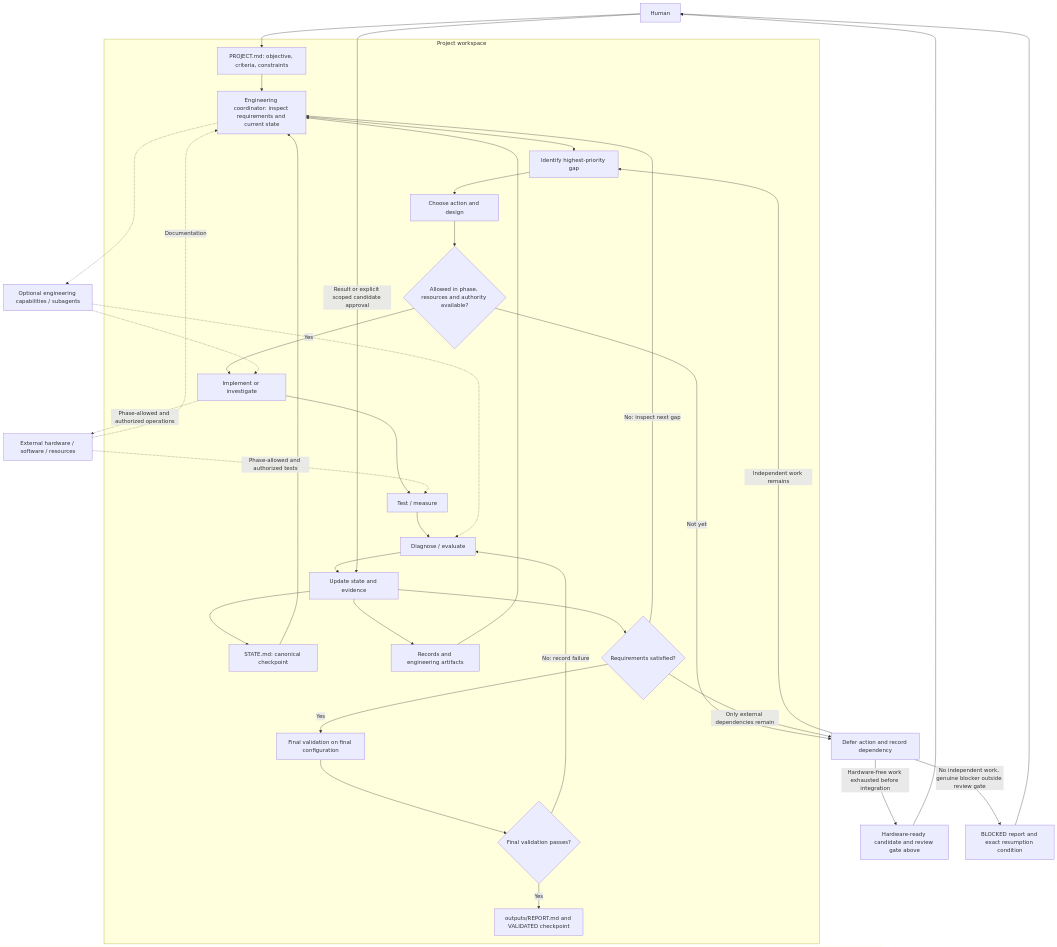
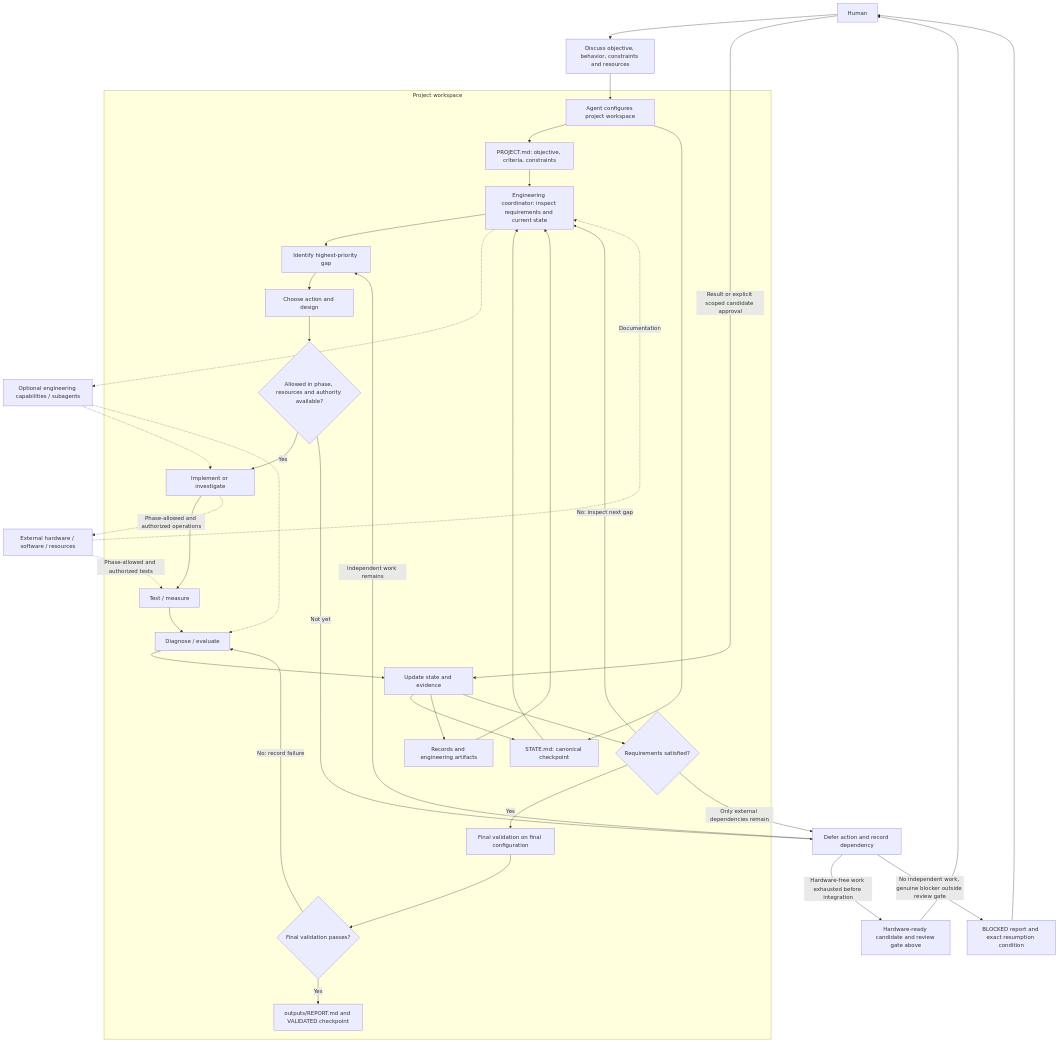
Before and after one commit to cct1123/agentic-engineering-template: the second of 2 diagrams in ARCHITECTURE.md, drawn with Mermaid. The commit also changed other lines of this file and 6 other files, not shown here.

````diff
--- a/ARCHITECTURE.md
+++ b/ARCHITECTURE.md
@@ -43,40 +47,43 @@
 ```mermaid
 flowchart TD
-    H[Human] --> P[PROJECT.md: objective, criteria, constraints]
+    H[Human] --> DS[Discuss objective, behavior, constraints and resources]
+    DS --> PS[Agent configures project workspace]
 
     subgraph W[Project workspace]
+        PS --> P[PROJECT.md: objective, criteria, constraints]
+        PS --> S[STATE.md: canonical checkpoint]
         P --> C[Engineering coordinator: inspect requirements and current state]
-        S[STATE.md: canonical checkpoint] --> C
+        S --> C
         E[Records and engineering artifacts] --> C
         C --> G[Identify highest-priority gap]
         G --> D[Choose action and design]
         D --> A{Allowed in phase, resources and authority available?}
         A -->|Yes| I[Implement or investigate]
         I --> T[Test / measure]
         T --> V[Diagnose / evaluate]
         V --> U[Update state and evidence]
         U --> S
         U --> E
         U --> Q{Requirements satisfied?}
         Q -->|No: inspect next gap| C
         Q -->|Yes| F[Final validation on final configuration]
         F --> K{Final validation passes?}
         K -->|No: record failure| V
         K -->|Yes| O[outputs/REPORT.md and VALIDATED checkpoint]
     end
 
     A -->|Not yet| B[Defer action and record dependency]
     Q -->|Only external dependencies remain| B
     B -->|Independent work remains| G
     B -->|Hardware-free work exhausted before integration| RG[Hardware-ready candidate and review gate above]
     B -->|No independent work, genuine blocker outside review gate| BO[BLOCKED report and exact resumption condition]
     BO --> H
     RG --> H
     H -->|Result or explicit scoped candidate approval| U
     C -.-> X[Optional engineering capabilities / subagents]
     X -.-> I
     X -.-> V
     R[External hardware / software / resources] -.->|Documentation| C
     I -.->|Phase-allowed and authorized operations| R
     R -.->|Phase-allowed and authorized tests| T
 ```
````
